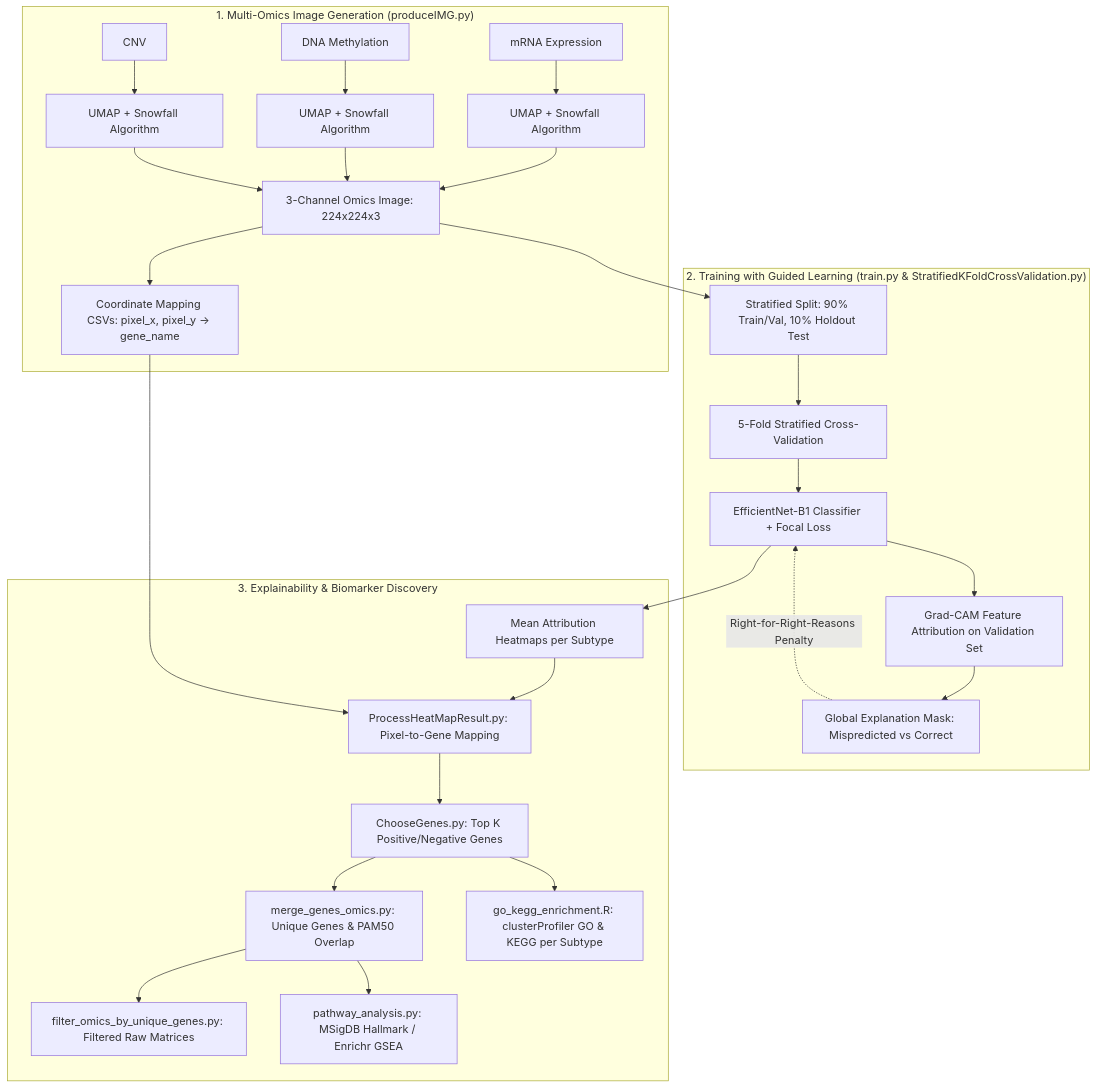
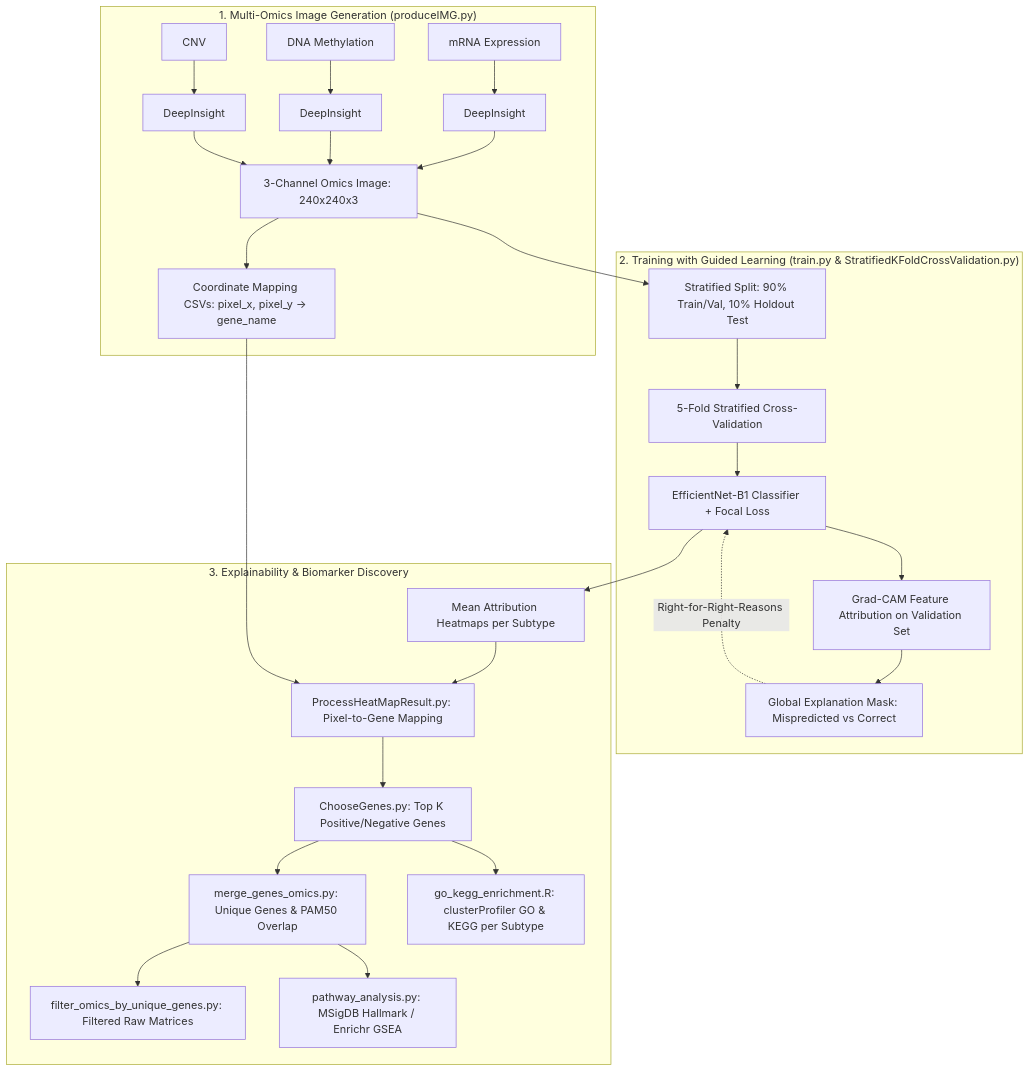
Before and after one commit to NTMT-hust/DeepCamCS: the diagram in README.md, drawn with Mermaid. The commit also changed 1 other file, not shown here.

````diff
--- a/README.md
+++ b/README.md
@@ -51,30 +51,30 @@
 ```mermaid
 flowchart TD
     subgraph DataPrep ["1. Multi-Omics Image Generation (produceIMG.py)"]
-        A1[mRNA Expression] --> B1[UMAP + Snowfall Algorithm]
-        A2[DNA Methylation] --> B2[UMAP + Snowfall Algorithm]
-        A3[CNV] --> B3[UMAP + Snowfall Algorithm]
-        B1 & B2 & B3 --> C[3-Channel Omics Image: 224x224x3]
+        A1[mRNA Expression] --> B1[DeepInsight]
+        A2[DNA Methylation] --> B2[DeepInsight]
+        A3[CNV] --> B3[DeepInsight]
+        B1 & B2 & B3 --> C[3-Channel Omics Image: 240x240x3]
         C --> D[Coordinate Mapping CSVs: pixel_x, pixel_y -> gene_name]
     end
 
     subgraph TrainingLoop ["2. Training with Guided Learning (train.py & StratifiedKFoldCrossValidation.py)"]
         C --> E[Stratified Split: 90% Train/Val, 10% Holdout Test]
         E --> F[5-Fold Stratified Cross-Validation]
         F --> G[EfficientNet-B1 Classifier + Focal Loss]
         G --> H[Grad-CAM Feature Attribution on Validation Set]
         H --> I[Global Explanation Mask: Mispredicted vs Correct]
         I -.->|Right-for-Right-Reasons Penalty| G
     end
 
     subgraph BiomarkerDiscovery ["3. Explainability & Biomarker Discovery"]
         G --> J[Mean Attribution Heatmaps per Subtype]
         J --> K[ProcessHeatMapResult.py: Pixel-to-Gene Mapping]
         D --> K
         K --> L[ChooseGenes.py: Top K Positive/Negative Genes]
         L --> M[merge_genes_omics.py: Unique Genes & PAM50 Overlap]
         L --> P[go_kegg_enrichment.R: clusterProfiler GO & KEGG per Subtype]
         M --> N[filter_omics_by_unique_genes.py: Filtered Raw Matrices]
         M --> O[pathway_analysis.py: MSigDB Hallmark / Enrichr GSEA]
     end
 ```
````
